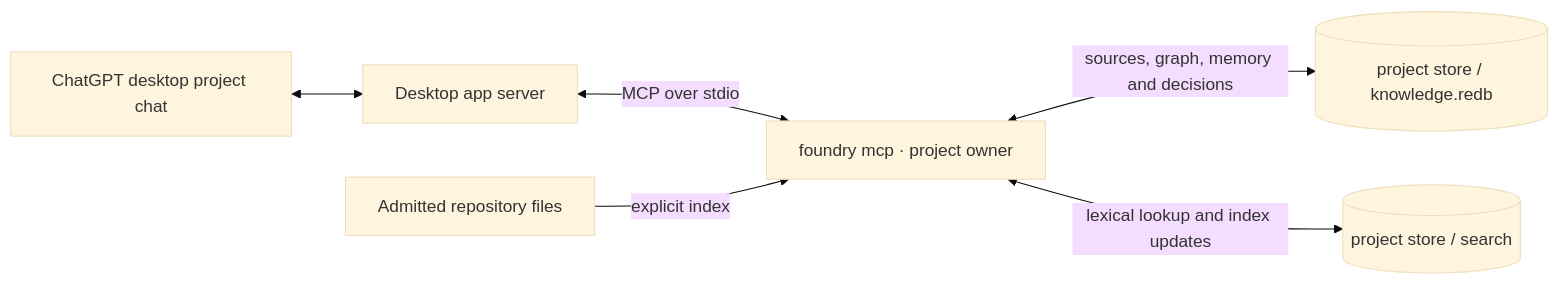
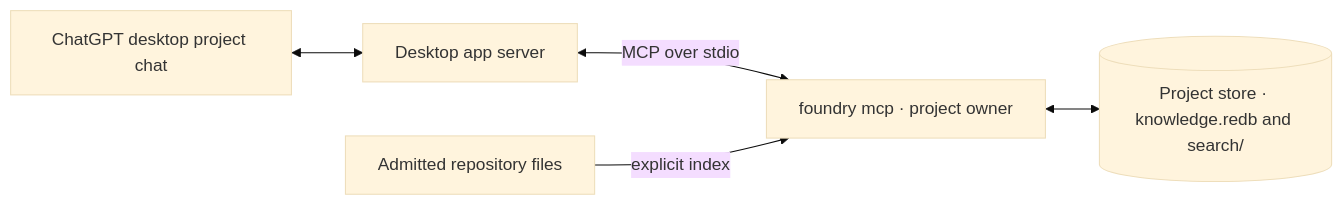
The first of 3 diagrams in docs/architecture.md (dwbimstr/context-foundry), drawn with Mermaid (base theme) before and after one commit. The commit also changed other lines of this file and 1 other file, not shown here.

Commit message:
Show one project store and record the desktop Gemma restart [skip ci]

````diff
--- a/docs/architecture.md
+++ b/docs/architecture.md
@@ -13,8 +13,7 @@
 ```mermaid
 flowchart LR
     Chat["ChatGPT desktop project chat"] <--> Host["Desktop app server"]
     Host <-->|"MCP over stdio"| Owner["foundry mcp · project owner"]
-    Owner <-->|"sources, graph, memory and decisions"| DB[("project store / knowledge.redb")]
-    Owner <-->|"lexical lookup and index updates"| Index[("project store / search")]
+    Owner <--> Store[("Project store · knowledge.redb and search/")]
     Root["Admitted repository files"] -->|"explicit index"| Owner
 ```
````
